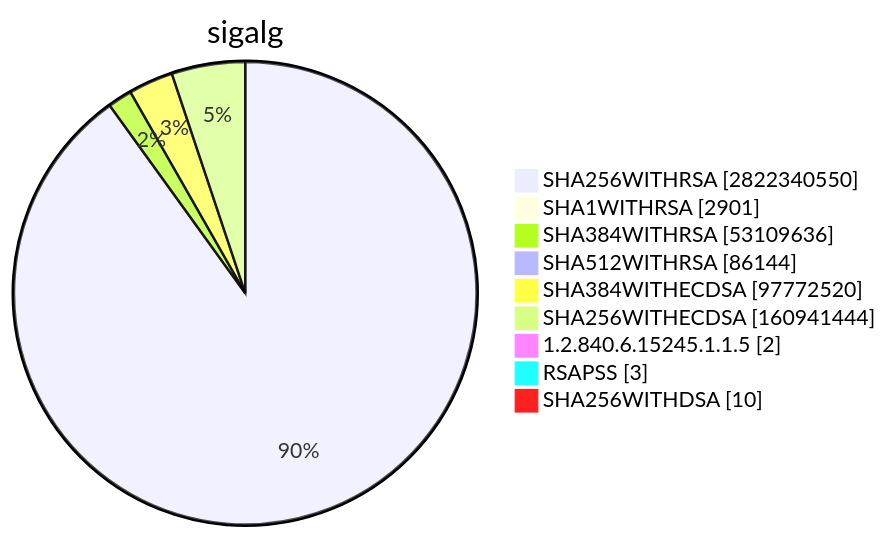
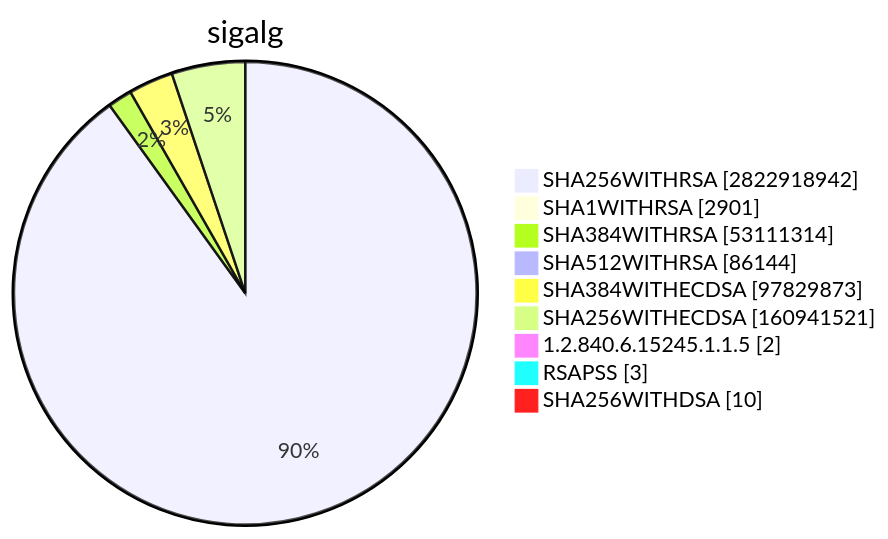
Before and after one commit to christiankrug/ctmonitor_visualization: diagram 15 of 15 in TOTAL/README.md, drawn with Mermaid. The commit also changed other lines of this file, not shown here.

````diff
--- a/TOTAL/README.md
+++ b/TOTAL/README.md
@@ -6207,13 +6207,13 @@
 ```mermaid
 pie showData
 title sigalg
-"SHA256WITHRSA" :2822340550
+"SHA256WITHRSA" :2822918942
 "SHA1WITHRSA" :2901
-"SHA384WITHRSA" :53109636
+"SHA384WITHRSA" :53111314
 "SHA512WITHRSA" :86144
-"SHA384WITHECDSA" :97772520
-"SHA256WITHECDSA" :160941444
+"SHA384WITHECDSA" :97829873
+"SHA256WITHECDSA" :160941521
 "1.2.840.6.15245.1.1.5" :2
 "RSAPSS" :3
 "SHA256WITHDSA" :10
 ```
````
